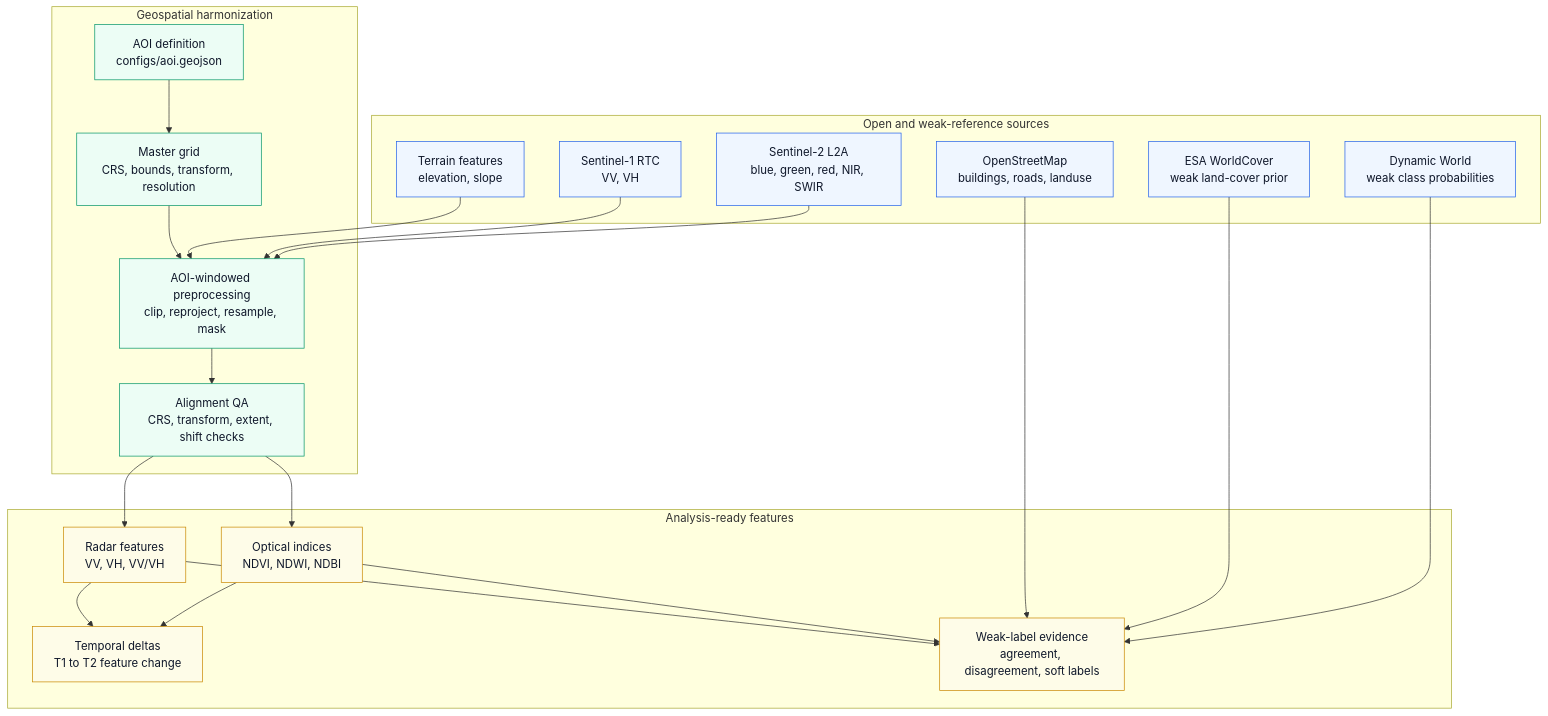
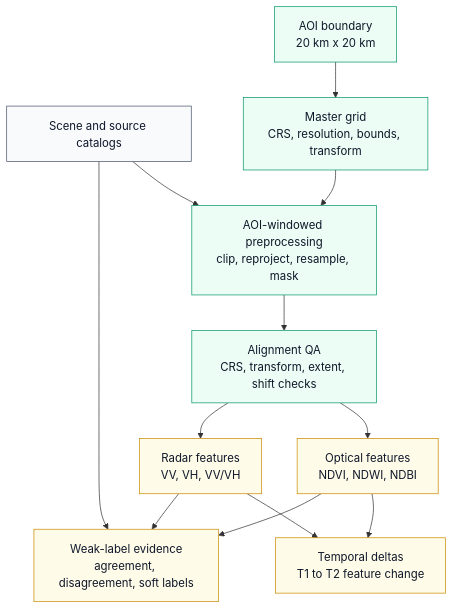
Before and after one commit to Nkusial/LCC_Monitor_RwaKig: the third of 6 diagrams in docs/ARCHITECTURE.md, drawn with Mermaid. The commit also changed other lines of this file, not shown here.

Commit message:
Split architecture diagrams for readability

````diff
--- a/docs/ARCHITECTURE.md
+++ b/docs/ARCHITECTURE.md
@@ -58,49 +91,33 @@
 ```mermaid
 flowchart TB
-    subgraph sources["Open and weak-reference sources"]
-        s2["Sentinel-2 L2A<br/>blue, green, red, NIR, SWIR"]
-        s1["Sentinel-1 RTC<br/>VV, VH"]
-        dw["Dynamic World<br/>weak class probabilities"]
-        esa["ESA WorldCover<br/>weak land-cover prior"]
-        osm["OpenStreetMap<br/>buildings, roads, landuse"]
-        dem["Terrain features<br/>elevation, slope"]
-    end
+    catalog["Scene and source catalogs"]
+    aoi["AOI boundary<br/>20 km x 20 km"]
+    grid["Master grid<br/>CRS, resolution, bounds, transform"]
+    preprocess["AOI-windowed preprocessing<br/>clip, reproject, resample, mask"]
+    qa["Alignment QA<br/>CRS, transform, extent, shift checks"]
 
-    subgraph harmonize["Geospatial harmonization"]
-        aoi["AOI definition<br/>configs/aoi.geojson"]
-        grid["Master grid<br/>CRS, bounds, transform, resolution"]
-        preprocess["AOI-windowed preprocessing<br/>clip, reproject, resample, mask"]
-        qa["Alignment QA<br/>CRS, transform, extent, shift checks"]
-    end
+    optical["Optical features<br/>NDVI, NDWI, NDBI"]
+    radar["Radar features<br/>VV, VH, VV/VH"]
+    temporal["Temporal deltas<br/>T1 to T2 feature change"]
+    weak_evidence["Weak-label evidence<br/>agreement, disagreement, soft labels"]
 
-    subgraph features["Analysis-ready features"]
-        optical["Optical indices<br/>NDVI, NDWI, NDBI"]
-        radar["Radar features<br/>VV, VH, VV/VH"]
-        temporal["Temporal deltas<br/>T1 to T2 feature change"]
-        weak["Weak-label evidence<br/>agreement, disagreement, soft labels"]
-    end
-
-    s2 --> preprocess
-    s1 --> preprocess
-    dem --> preprocess
+    catalog --> preprocess
     aoi --> grid
     grid --> preprocess
     preprocess --> qa
     qa --> optical
     qa --> radar
     optical --> temporal
     radar --> temporal
-    dw --> weak
-    esa --> weak
-    osm --> weak
-    optical --> weak
-    radar --> weak
+    optical --> weak_evidence
+    radar --> weak_evidence
+    catalog --> weak_evidence
 
-    classDef source fill:#eff6ff,stroke:#2563eb,color:#0f172a
     classDef harmonized fill:#ecfdf5,stroke:#059669,color:#0f172a
     classDef feature fill:#fefce8,stroke:#ca8a04,color:#0f172a
+    classDef catalog fill:#f8fafc,stroke:#475569,color:#0f172a
 
-    class s2,s1,dw,esa,osm,dem source
+    class catalog catalog
     class aoi,grid,preprocess,qa harmonized
-    class optical,radar,temporal,weak feature
+    class optical,radar,temporal,weak_evidence feature
 ```
````
